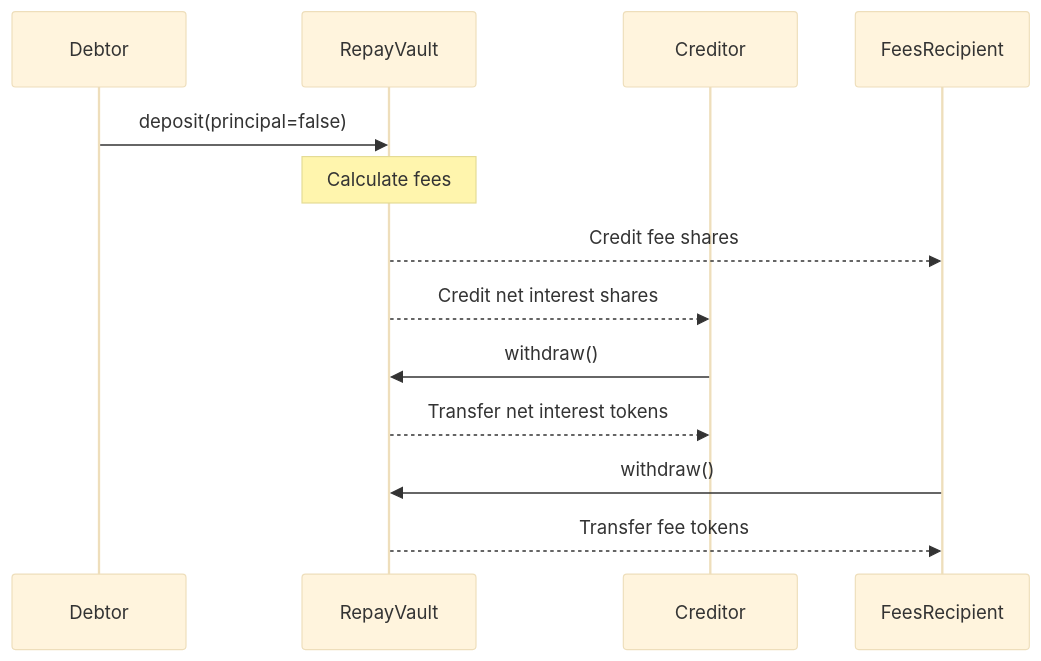
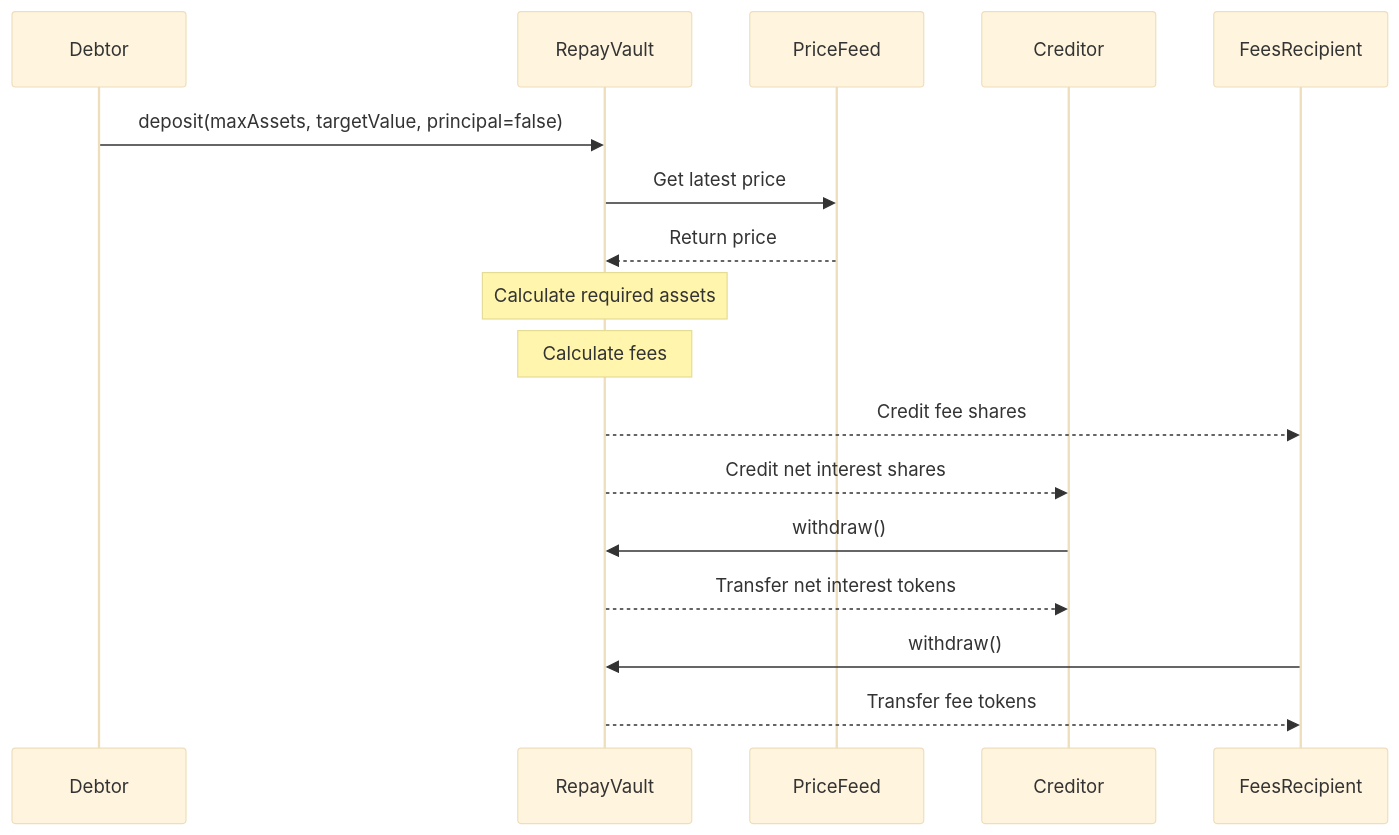
One commit to plan-b-labs/corporate-bond changed the third of 4 diagrams in src/contracts/CorporateBond/README.md. Above: the diagram before and after it, drawn with Mermaid (base theme). The commit also changed other lines of this file and 2 other files, not shown here.

````diff
--- a/src/contracts/CorporateBond/README.md
+++ b/src/contracts/CorporateBond/README.md
@@ -134,17 +153,21 @@
 ```mermaid
 sequenceDiagram
     participant Debtor
     participant RepayVault
+    participant PriceFeed
     participant Creditor
     participant FeesRecipient
 
-    Debtor->>RepayVault: deposit(principal=false)
+    Debtor->>RepayVault: deposit(maxAssets, targetValue, principal=false)
+    RepayVault->>PriceFeed: Get latest price
+    PriceFeed-->>RepayVault: Return price
+    Note over RepayVault: Calculate required assets
     Note over RepayVault: Calculate fees
     RepayVault-->>FeesRecipient: Credit fee shares
     RepayVault-->>Creditor: Credit net interest shares
 
     Creditor->>RepayVault: withdraw()
     RepayVault-->>Creditor: Transfer net interest tokens
     FeesRecipient->>RepayVault: withdraw()
     RepayVault-->>FeesRecipient: Transfer fee tokens
 ```
````
